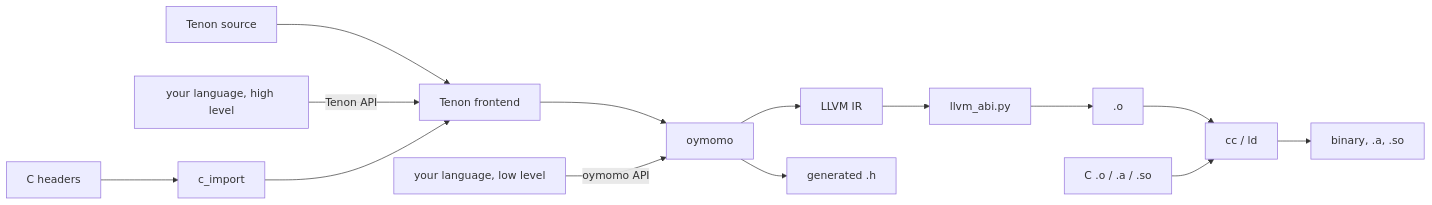
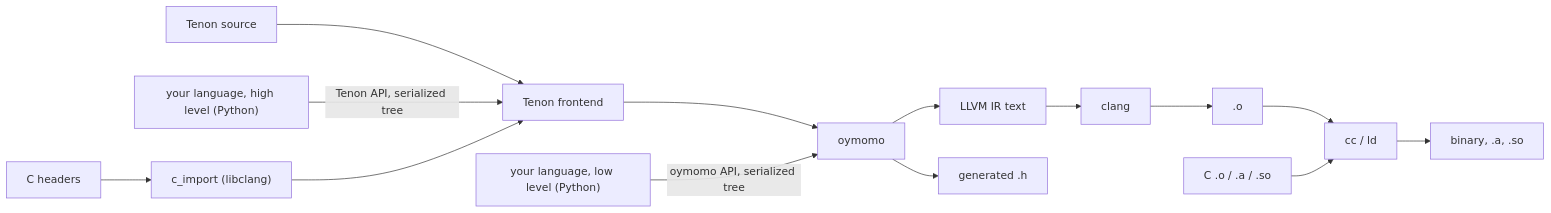
One commit to tapl-org/tapl changed the first of 2 diagrams in oymo/docs/roadmap.md. Above: the diagram before and after it, drawn with Mermaid. The commit also changed other lines of this file and 3 other files, not shown here.

Commit message:
docs: update roadmap release schedule and implementation timelines across design plans

````diff
--- a/oymo/docs/roadmap.md
+++ b/oymo/docs/roadmap.md
@@ -121,13 +151,13 @@
 ```mermaid
 flowchart LR
   tenon["Tenon source"] --> fe["Tenon frontend"]
-  hi["your language, high level"] -- "Tenon API" --> fe
-  hdr["C headers"] --> imp["c_import"] --> fe
+  hi["your language, high level (Python)"] -- "Tenon API, serialized tree" --> fe
+  hdr["C headers"] --> imp["c_import (libclang)"] --> fe
   fe --> o["oymomo"]
-  lo["your language, low level"] -- "oymomo API" --> o
-  o --> ll["LLVM IR"] --> abi["llvm_abi.py"] --> obj[".o"]
+  lo["your language, low level (Python)"] -- "oymomo API, serialized tree" --> o
+  o --> ll["LLVM IR text"] --> clang["clang"] --> obj[".o"]
   obj --> link["cc / ld"]
   cobj["C .o / .a / .so"] --> link
   link --> out["binary, .a, .so"]
   o --> h["generated .h"]
 ```
````
